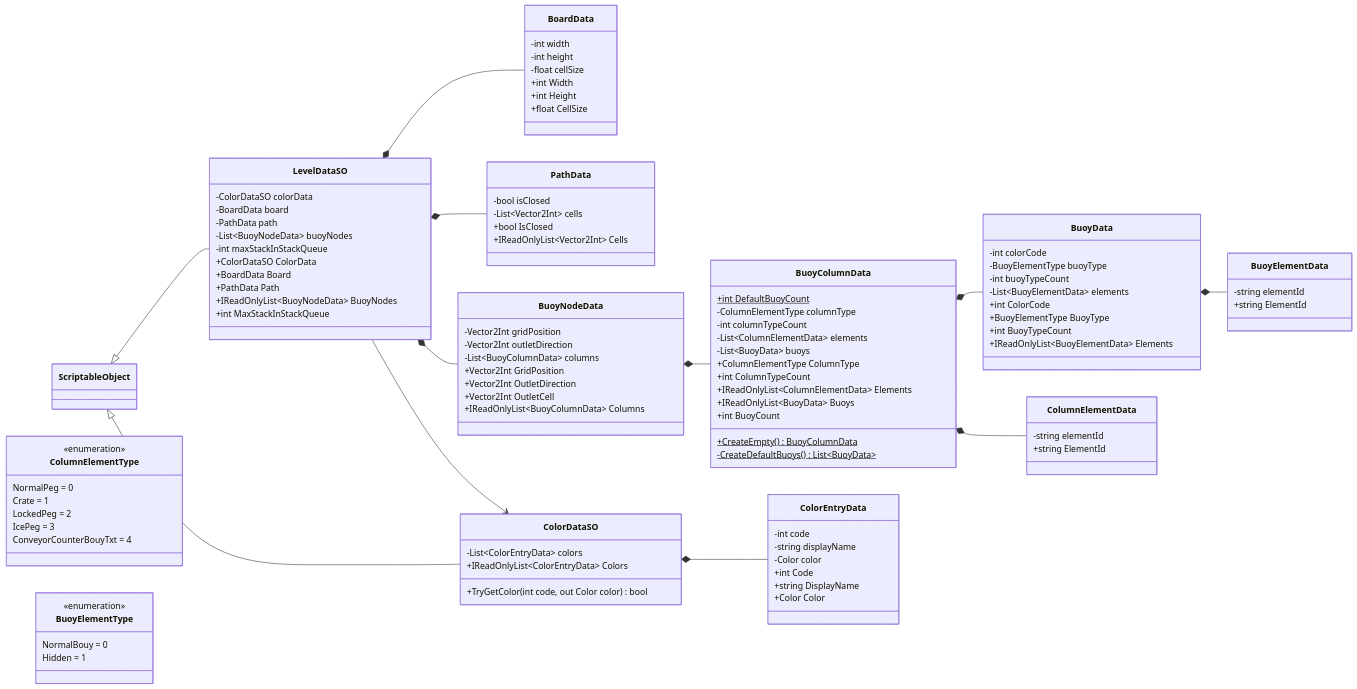
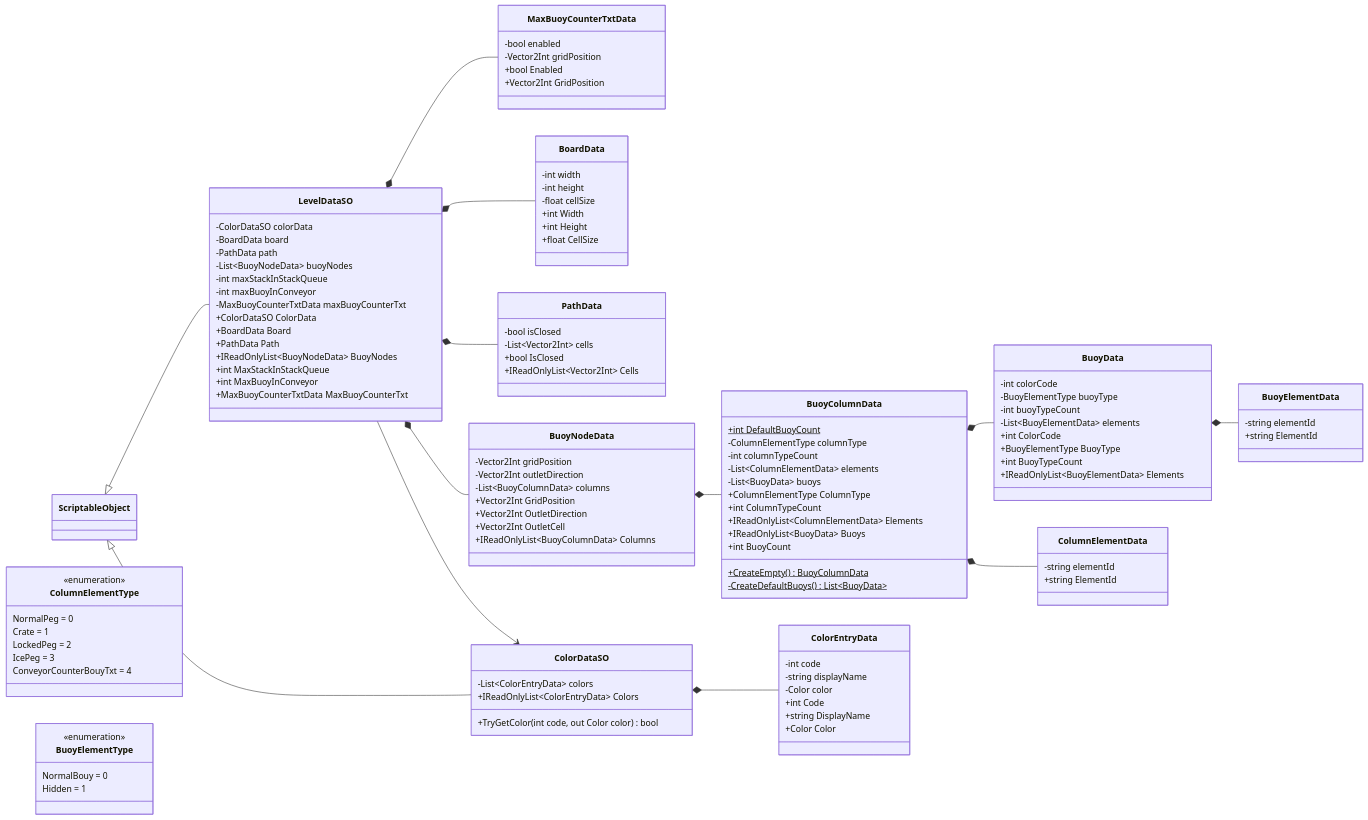
One commit to nchuoi2443/WaterConveyorSort changed the diagram in Docs/ClassDiagram-Data.mmd. Above: the diagram before and after it, drawn with Mermaid. The commit also changed 25 other files, not shown here.

Commit message:
add conveyor buoy counter

```diff
--- a/Docs/ClassDiagram-Data.mmd
+++ b/Docs/ClassDiagram-Data.mmd
@@ -1,106 +1,117 @@
 classDiagram
 direction LR
 class LevelDataSO {
     -ColorDataSO colorData
     -BoardData board
     -PathData path
     -List~BuoyNodeData~ buoyNodes
     -int maxStackInStackQueue
+    -int maxBuoyInConveyor
+    -MaxBuoyCounterTxtData maxBuoyCounterTxt
     +ColorDataSO ColorData
     +BoardData Board
     +PathData Path
     +IReadOnlyList~BuoyNodeData~ BuoyNodes
     +int MaxStackInStackQueue
+    +int MaxBuoyInConveyor
+    +MaxBuoyCounterTxtData MaxBuoyCounterTxt
 }
 ScriptableObject <|-- LevelDataSO
+class MaxBuoyCounterTxtData {
+    -bool enabled
+    -Vector2Int gridPosition
+    +bool Enabled
+    +Vector2Int GridPosition
+}
 class BoardData {
     -int width
     -int height
     -float cellSize
     +int Width
     +int Height
     +float CellSize
 }
 class PathData {
     -bool isClosed
     -List~Vector2Int~ cells
     +bool IsClosed
     +IReadOnlyList~Vector2Int~ Cells
 }
 class BuoyNodeData {
     -Vector2Int gridPosition
     -Vector2Int outletDirection
     -List~BuoyColumnData~ columns
     +Vector2Int GridPosition
     +Vector2Int OutletDirection
     +Vector2Int OutletCell
     +IReadOnlyList~BuoyColumnData~ Columns
 }
 class BuoyColumnData {
     +int DefaultBuoyCount$
     -ColumnElementType columnType
     -int columnTypeCount
     -List~ColumnElementData~ elements
     -List~BuoyData~ buoys
     +ColumnElementType ColumnType
     +int ColumnTypeCount
     +IReadOnlyList~ColumnElementData~ Elements
     +IReadOnlyList~BuoyData~ Buoys
     +int BuoyCount
     +CreateEmpty() BuoyColumnData$
     -CreateDefaultBuoys() List~BuoyData~$
 }
 class BuoyData {
     -int colorCode
     -BuoyElementType buoyType
     -int buoyTypeCount
     -List~BuoyElementData~ elements
     +int ColorCode
     +BuoyElementType BuoyType
     +int BuoyTypeCount
     +IReadOnlyList~BuoyElementData~ Elements
 }
 class ColumnElementData {
     -string elementId
     +string ElementId
 }
 class BuoyElementData {
     -string elementId
     +string ElementId
 }
 class ColorDataSO {
     -List~ColorEntryData~ colors
     +IReadOnlyList~ColorEntryData~ Colors
     +TryGetColor(int code, out Color color) bool
 }
 ScriptableObject <|-- ColorDataSO
 class ColorEntryData {
     -int code
     -string displayName
     -Color color
     +int Code
     +string DisplayName
     +Color Color
 }
 class ColumnElementType {
     <<enumeration>>
     NormalPeg = 0
     Crate = 1
     LockedPeg = 2
     IcePeg = 3
     ConveyorCounterBouyTxt = 4
 }
 class BuoyElementType {
     <<enumeration>>
     NormalBouy = 0
     Hidden = 1
 }
 LevelDataSO *-- BoardData
 LevelDataSO *-- PathData
 LevelDataSO *-- BuoyNodeData
 LevelDataSO --> ColorDataSO
 BuoyNodeData *-- BuoyColumnData
 BuoyColumnData *-- BuoyData
 BuoyColumnData *-- ColumnElementData
 BuoyData *-- BuoyElementData
 ColorDataSO *-- ColorEntryData
+LevelDataSO *-- MaxBuoyCounterTxtData
```
